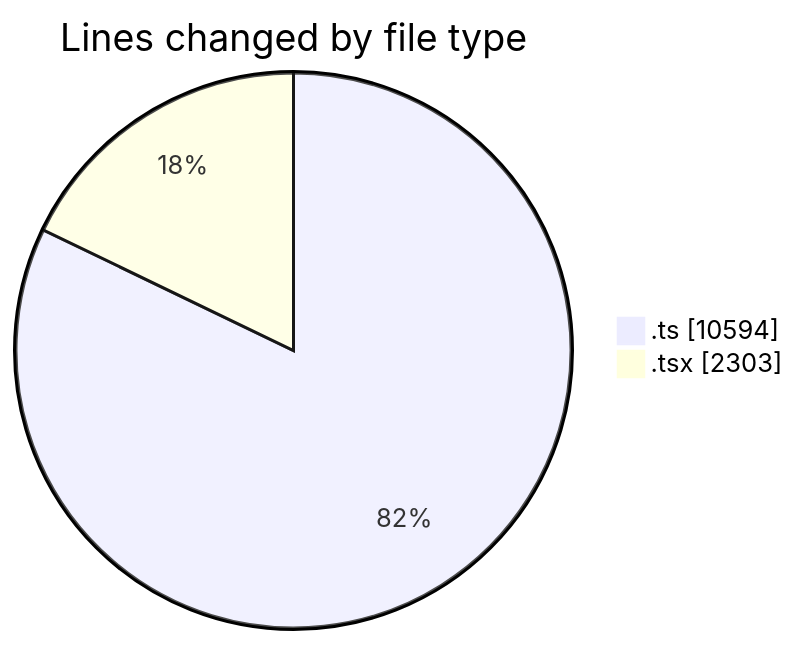
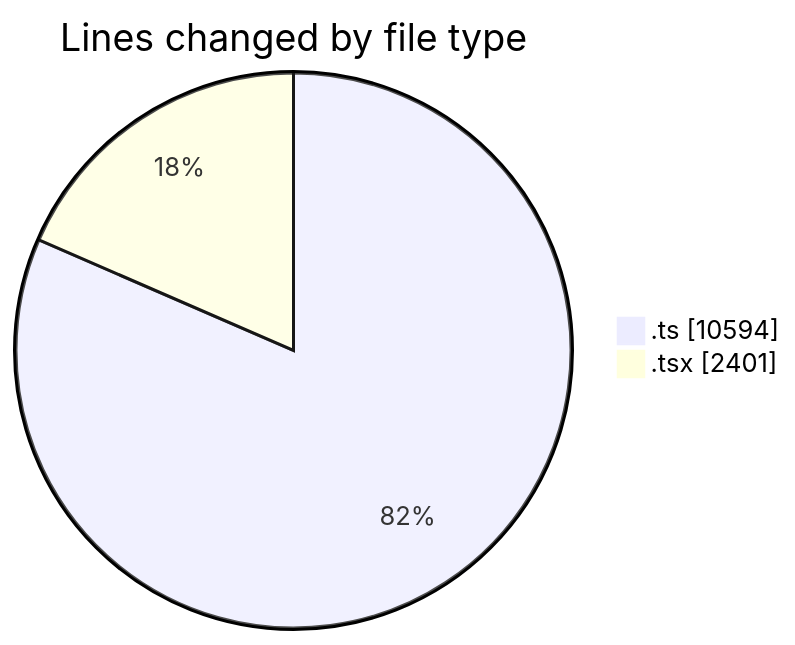
Before and after one commit to momahboobian/code-tracking: the first of 2 diagrams in 2025-06-11/cda/README.md, drawn with Mermaid. The commit also changed other lines of this file and 1 other file, not shown here.

````diff
--- a/2025-06-11/cda/README.md
+++ b/2025-06-11/cda/README.md
@@ -31,6 +31,6 @@
 ```mermaid
 pie showData
 title Lines changed by file type
 ".ts" : 10594
-".tsx" : 2303
+".tsx" : 2401
 ```
````
